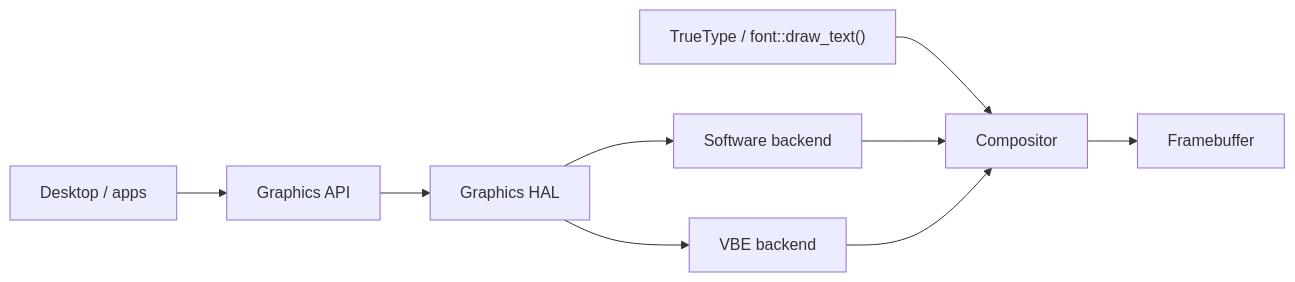
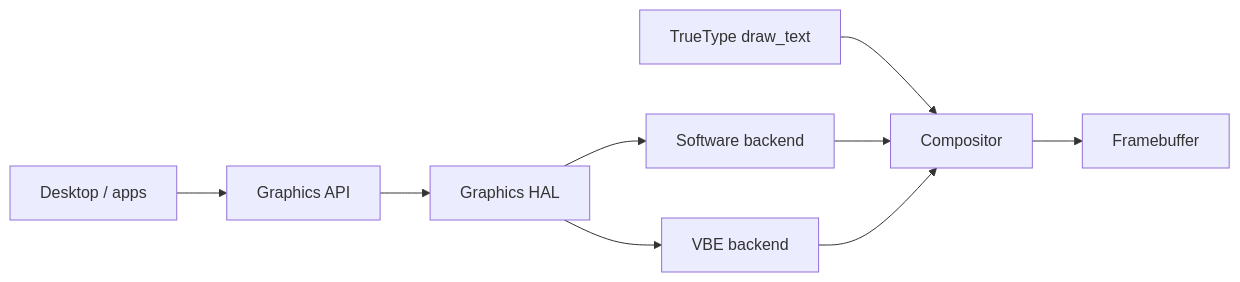
The first of 3 diagrams in docs/architecture.md (NotY215/NotYVOS), drawn with Mermaid before and after one commit. The commit also changed other lines of this file and 3 other files, not shown here.

First line of the commit message:
Avoid Mermaid class tokens in TrueType diagram labels

````diff
--- a/docs/architecture.md
+++ b/docs/architecture.md
@@ -72,11 +72,11 @@
 ```mermaid
 flowchart LR
     APP[Desktop / apps] --> API[Graphics API]
     API --> HAL[Graphics HAL]
     HAL --> SW[Software backend]
     HAL --> VBE[VBE backend]
-    TT["TrueType / font::draw_text()"] --> COMP[Compositor]
+    TT[TrueType draw_text] --> COMP[Compositor]
     SW --> COMP
     VBE --> COMP
     COMP --> FB[Framebuffer]
 ```
````
